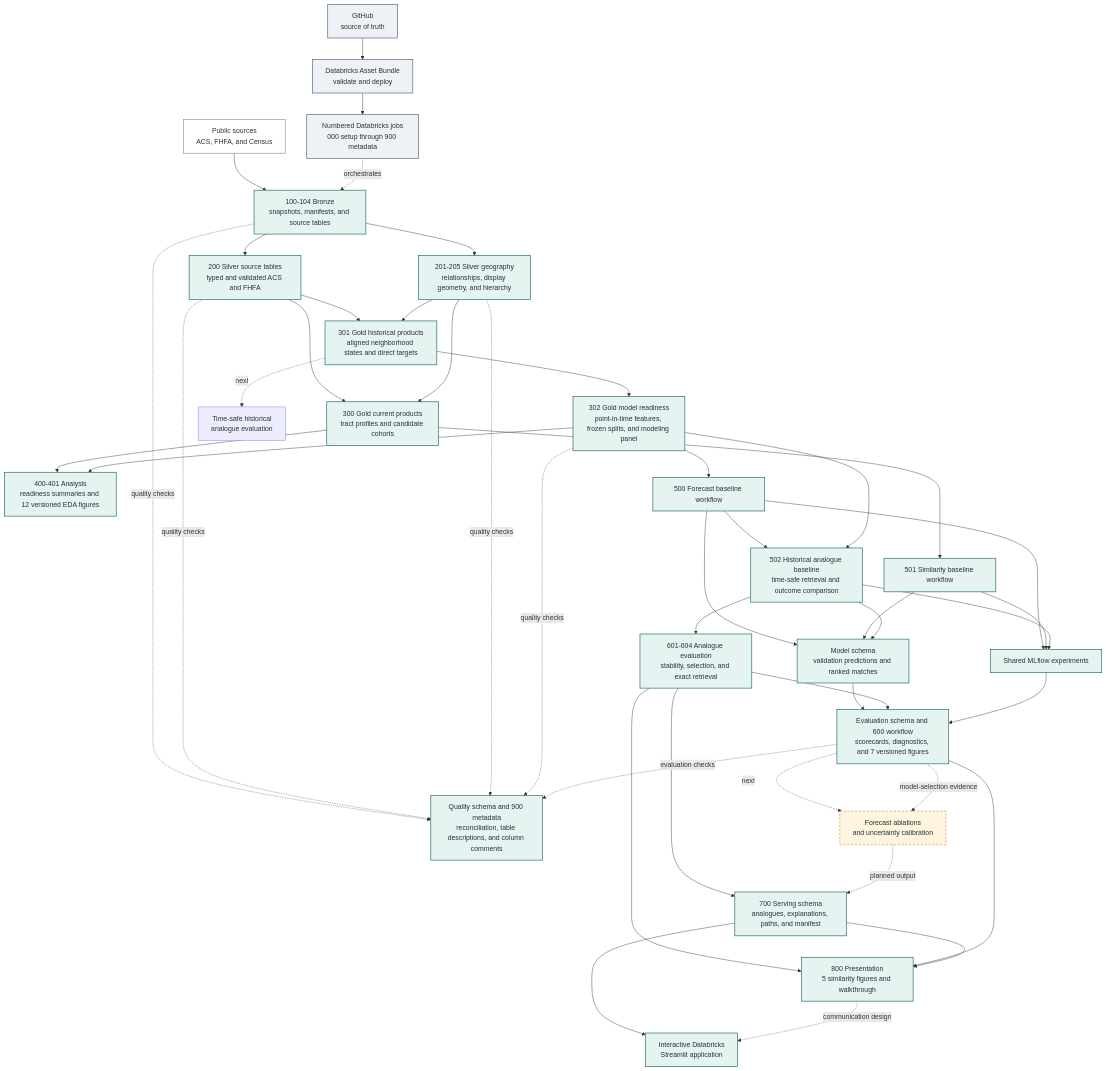
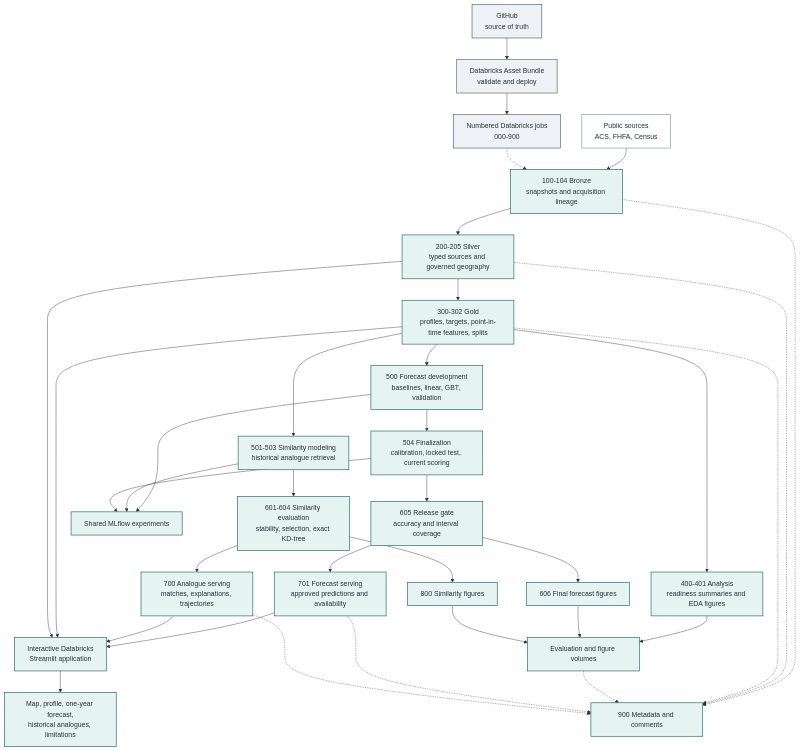
One commit to n-tamm/neighborhood-digital-twin changed the diagram in README.md. Above: the diagram before and after it, drawn with Mermaid. The commit also changed other lines of this file and 13 other files, not shown here.

Commit message:
Updated forecast implementation and release guidance

````diff
--- a/README.md
+++ b/README.md
@@ -54,61 +63,49 @@
 ```mermaid
 flowchart TB
     GIT["GitHub<br/>source of truth"] --> DAB["Databricks Asset Bundle<br/>validate and deploy"]
-    DAB --> JOBS["Numbered Databricks jobs<br/>000 setup through 900 metadata"]
+    DAB --> JOBS["Numbered Databricks jobs<br/>000-900"]
 
-    SRC["Public sources<br/>ACS, FHFA, and Census"] --> B["100-104 Bronze<br/>snapshots, manifests, and source tables"]
-    JOBS -.->|orchestrates| B
+    SRC["Public sources<br/>ACS, FHFA, Census"] --> B["100-104 Bronze<br/>snapshots and acquisition lineage"]
+    JOBS -.-> B
+    B --> S["200-205 Silver<br/>typed sources and governed geography"]
+    S --> G["300-302 Gold<br/>profiles, targets, point-in-time features, splits"]
+    G --> EDA["400-401 Analysis<br/>readiness summaries and EDA figures"]
 
-    B --> SS["200 Silver source tables<br/>typed and validated ACS and FHFA"]
-    B --> SG["201-205 Silver geography<br/>relationships, display geometry, and hierarchy"]
+    G --> FDEV["500 Forecast development<br/>baselines, linear, GBT, validation"]
+    FDEV --> FFINAL["504 Finalization<br/>calibration, locked test, current scoring"]
+    FFINAL --> FGATE["605 Release gate<br/>accuracy and interval coverage"]
+    FGATE --> FFIG["606 Final forecast figures"]
+    FGATE --> FSERVE["701 Forecast serving<br/>approved predictions and availability"]
 
-    SS --> GC["300 Gold current products<br/>tract profiles and candidate cohorts"]
-    SG --> GC
-    SS --> GH["301 Gold historical products<br/>aligned neighborhood states and direct targets"]
-    SG --> GH
-    GH --> GR["302 Gold model readiness<br/>point-in-time features, frozen splits, and modeling panel"]
+    G --> SIM["501-503 Similarity modeling<br/>historical analogue retrieval"]
+    SIM --> SEVAL["601-604 Similarity evaluation<br/>stability, selection, exact KD-tree"]
+    SEVAL --> SSERVE["700 Analogue serving<br/>matches, explanations, trajectories"]
+    SEVAL --> SFIG["800 Similarity figures"]
 
-    GC --> EDA["400-401 Analysis<br/>readiness summaries and 12 versioned EDA figures"]
-    GR --> EDA
+    FDEV --> MLF["Shared MLflow experiments"]
+    SIM --> MLF
+    FFINAL --> MLF
+    EDA --> EV["Evaluation and figure volumes"]
+    FFIG --> EV
+    SFIG --> EV
 
-    GR --> FM["500 Forecast baseline workflow"]
-    GC --> SM["501 Similarity baseline workflow"]
-    FM --> HA["502 Historical analogue baseline<br/>time-safe retrieval and outcome comparison"]
-    GR --> HA
-    FM --> MO["Model schema<br/>validation predictions and ranked matches"]
-    SM --> MO
-    HA --> MO
-    HA --> AR["601-604 Analogue evaluation<br/>stability, selection, and exact retrieval"]
-    FM --> MLF["Shared MLflow experiments"]
-    SM --> MLF
-    HA --> MLF
-    MO --> EV["Evaluation schema and 600 workflow<br/>scorecards, diagnostics, and 7 versioned figures"]
-    AR --> EV
-    MLF --> EV
+    FSERVE --> APP["Interactive Databricks<br/>Streamlit application"]
+    SSERVE --> APP
+    G --> APP
+    S --> APP
+    APP --> USER["Map, profile, one-year forecast,<br/>historical analogues, limitations"]
 
-    B -.->|quality checks| QM["Quality schema and 900 metadata<br/>reconciliation, table descriptions, and column comments"]
-    SS -.->|quality checks| QM
-    SG -.->|quality checks| QM
-    GR -.->|quality checks| QM
-    EV -.->|evaluation checks| QM
-
-    EV -.->|next| NF["Forecast ablations<br/>and uncertainty calibration"]
-    GH -.->|next| NA["Time-safe historical<br/>analogue evaluation"]
-    EV -.->|model-selection evidence| NF
-    AR --> SV["700 Serving schema<br/>analogues, explanations, paths, and manifest"]
-    AR --> PR["800 Presentation<br/>5 similarity figures and walkthrough"]
-    EV --> PR
-    SV --> PR
-    NF -.->|planned output| SV
-    SV --> APP["Interactive Databricks<br/>Streamlit application"]
-    PR -.->|communication design| APP
+    B -.-> META["900 Metadata and comments"]
+    S -.-> META
+    G -.-> META
+    EV -.-> META
+    FSERVE -.-> META
+    SSERVE -.-> META
 
     classDef control fill:#EEF2F7,stroke:#455A64,color:#263238,stroke-width:1.4px;
     classDef source fill:#FFFFFF,stroke:#78909C,color:#263238,stroke-width:1.4px;
     classDef implemented fill:#E5F3F1,stroke:#287271,color:#263238,stroke-width:1.6px;
-    classDef planned fill:#FFF4DD,stroke:#D99035,color:#263238,stroke-width:1.5px,stroke-dasharray:5 4;
     class GIT,DAB,JOBS control;
     class SRC source;
-    class B,SS,SG,GC,GH,GR,EDA,FM,SM,HA,AR,MO,MLF,EV,QM,SV,PR,APP implemented;
-    class NF planned;
+    class B,S,G,EDA,FDEV,FFINAL,FGATE,FFIG,FSERVE,SIM,SEVAL,SSERVE,SFIG,MLF,EV,META,APP,USER implemented;
 ```
````
